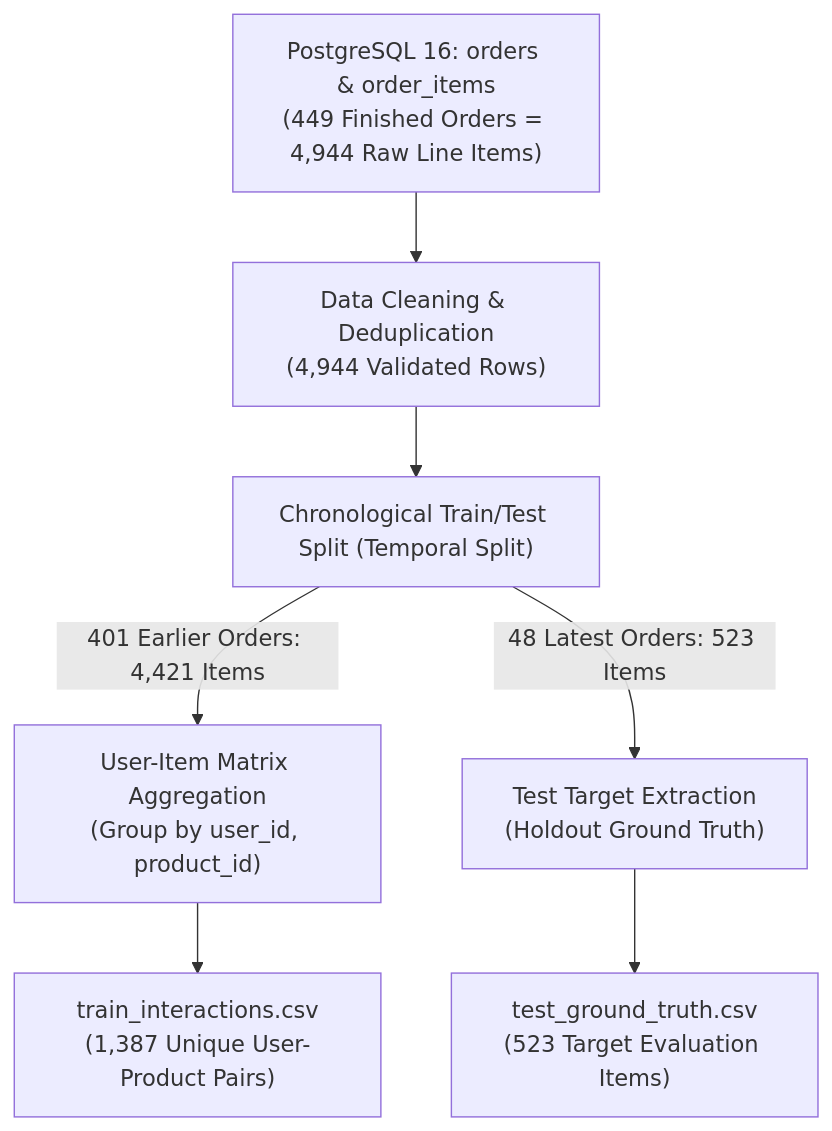
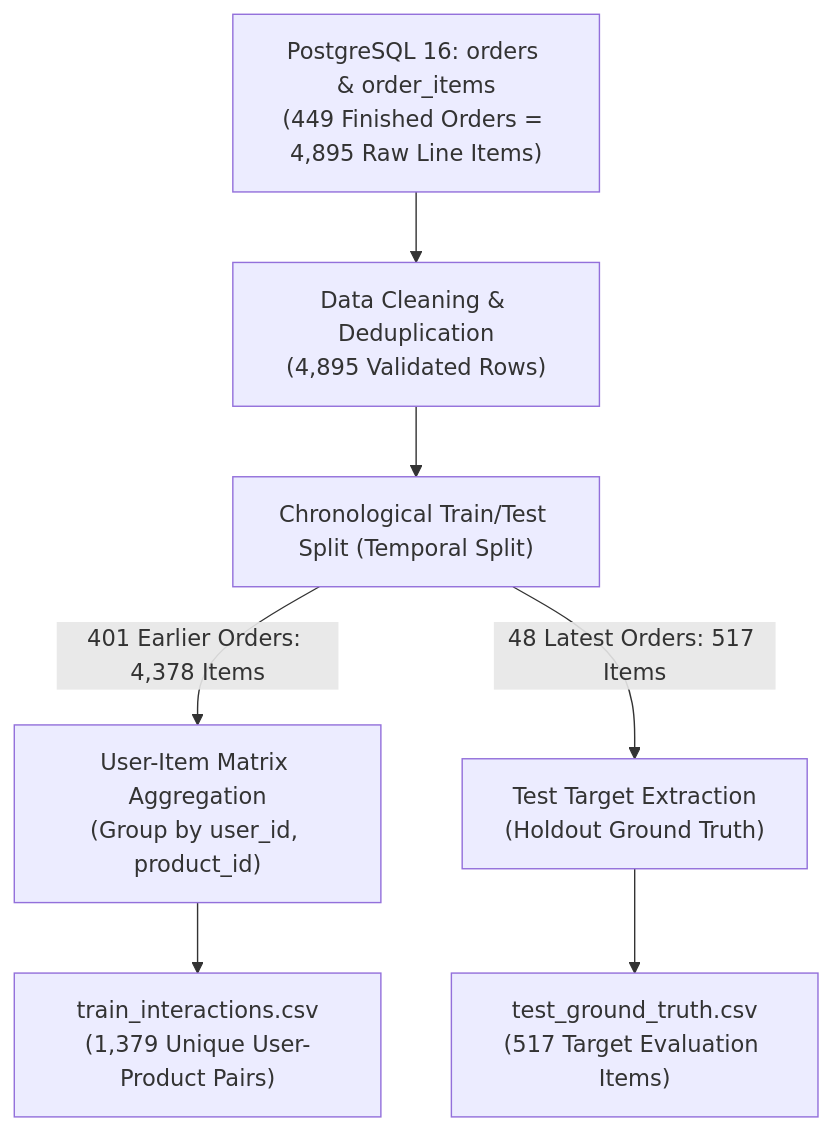
One commit to BodybuilderOrCoder/FreshLoop changed the diagram in database/docs/data_pipeline_provenance.md. Above: the diagram before and after it, drawn with Mermaid. The commit also changed other lines of this file and 10 other files, not shown here.

````diff
--- a/database/docs/data_pipeline_provenance.md
+++ b/database/docs/data_pipeline_provenance.md
@@ -21,9 +21,9 @@
 ```mermaid
 flowchart TD
-    A["PostgreSQL 16: orders & order_items<br/>(449 Finished Orders = 4,944 Raw Line Items)"] --> B["Data Cleaning & Deduplication<br/>(4,944 Validated Rows)"]
+    A["PostgreSQL 16: orders & order_items<br/>(449 Finished Orders = 4,895 Raw Line Items)"] --> B["Data Cleaning & Deduplication<br/>(4,895 Validated Rows)"]
     B --> C["Chronological Train/Test Split (Temporal Split)"]
-    C -->|401 Earlier Orders: 4,421 Items| D["User-Item Matrix Aggregation<br/>(Group by user_id, product_id)"]
-    C -->|48 Latest Orders: 523 Items| E["Test Target Extraction<br/>(Holdout Ground Truth)"]
-    D --> F["train_interactions.csv<br/>(1,387 Unique User-Product Pairs)"]
-    E --> G["test_ground_truth.csv<br/>(523 Target Evaluation Items)"]
+    C -->|401 Earlier Orders: 4,378 Items| D["User-Item Matrix Aggregation<br/>(Group by user_id, product_id)"]
+    C -->|48 Latest Orders: 517 Items| E["Test Target Extraction<br/>(Holdout Ground Truth)"]
+    D --> F["train_interactions.csv<br/>(1,379 Unique User-Product Pairs)"]
+    E --> G["test_ground_truth.csv<br/>(517 Target Evaluation Items)"]
 ```
````
